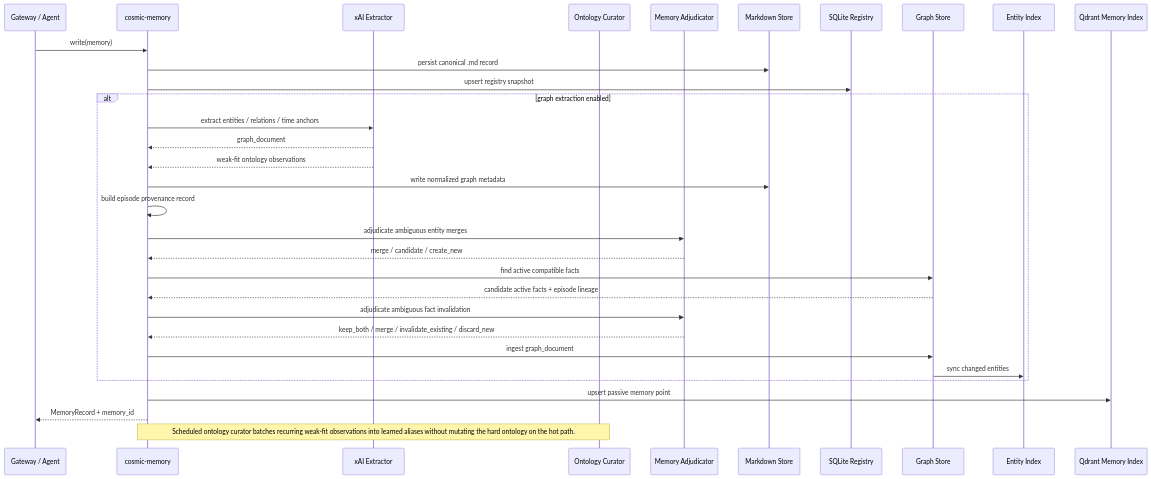
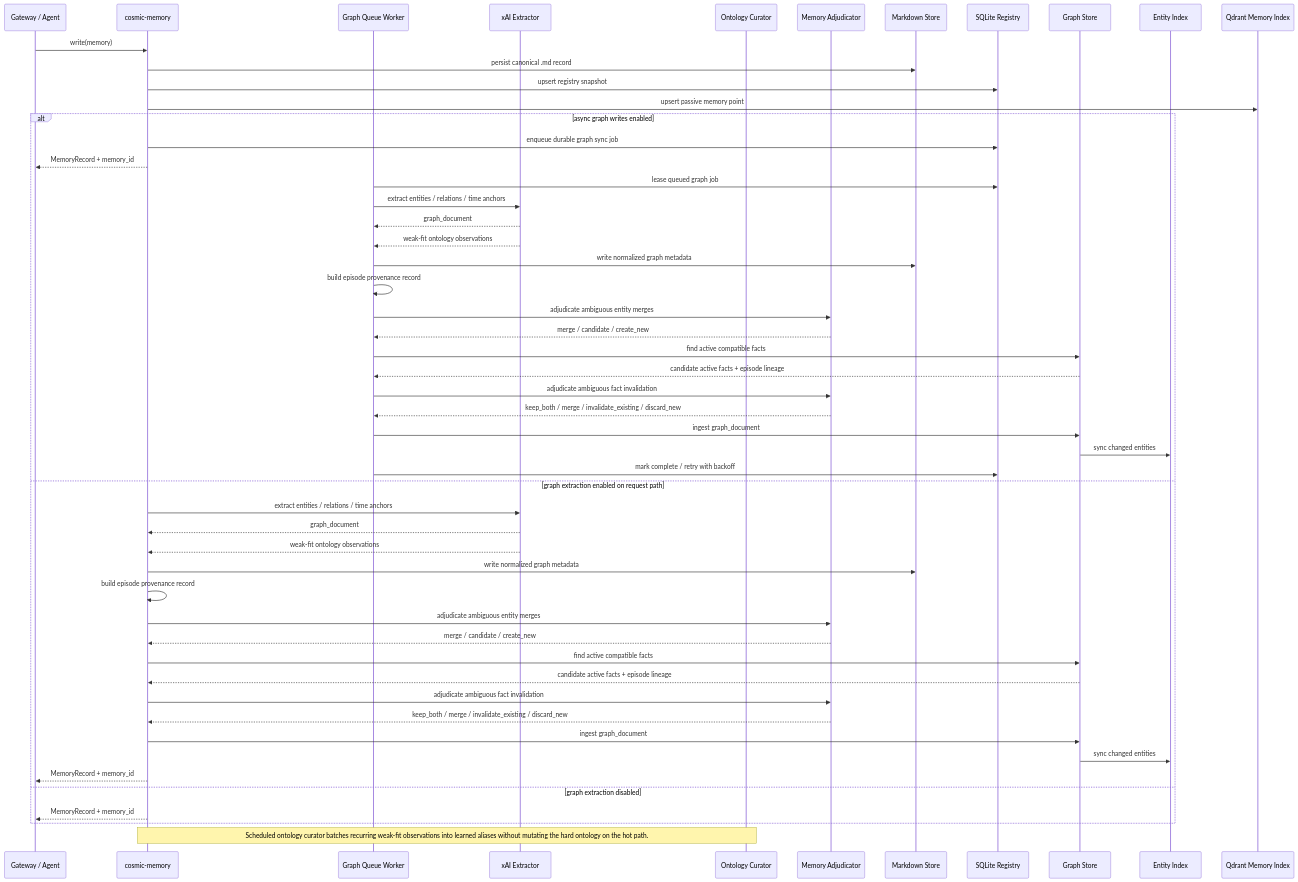
The second of 4 diagrams in README.md (uspraveen/cosmic-memory), drawn with Mermaid before and after one commit. The commit also changed other lines of this file, not shown here.

Commit message:
Refresh README for async graph and ops status

````diff
--- a/README.md
+++ b/README.md
@@ -78,35 +78,56 @@
 ```mermaid
 sequenceDiagram
     participant GW as Gateway / Agent
     participant CM as cosmic-memory
+    participant GQ as Graph Queue Worker
     participant X as xAI Extractor
     participant OC as Ontology Curator
     participant A as Memory Adjudicator
     participant MD as Markdown Store
     participant REG as SQLite Registry
     participant G as Graph Store
     participant EI as Entity Index
     participant Q as Qdrant Memory Index
 
     GW->>CM: write(memory)
     CM->>MD: persist canonical .md record
     CM->>REG: upsert registry snapshot
-    alt graph extraction enabled
+    CM->>Q: upsert passive memory point
+    alt async graph writes enabled
+        CM->>REG: enqueue durable graph sync job
+        CM-->>GW: MemoryRecord + memory_id
+        GQ->>REG: lease queued graph job
+        GQ->>X: extract entities / relations / time anchors
+        X-->>GQ: graph_document
+        X-->>GQ: weak-fit ontology observations
+        GQ->>MD: write normalized graph metadata
+        GQ->>GQ: build episode provenance record
+        GQ->>A: adjudicate ambiguous entity merges
+        A-->>GQ: merge / candidate / create_new
+        GQ->>G: find active compatible facts
+        G-->>GQ: candidate active facts + episode lineage
+        GQ->>A: adjudicate ambiguous fact invalidation
+        A-->>GQ: keep_both / merge / invalidate_existing / discard_new
+        GQ->>G: ingest graph_document
+        G->>EI: sync changed entities
+        GQ->>REG: mark complete / retry with backoff
+    else graph extraction enabled on request path
         CM->>X: extract entities / relations / time anchors
         X-->>CM: graph_document
         X-->>CM: weak-fit ontology observations
         CM->>MD: write normalized graph metadata
         CM->>CM: build episode provenance record
         CM->>A: adjudicate ambiguous entity merges
         A-->>CM: merge / candidate / create_new
         CM->>G: find active compatible facts
         G-->>CM: candidate active facts + episode lineage
         CM->>A: adjudicate ambiguous fact invalidation
         A-->>CM: keep_both / merge / invalidate_existing / discard_new
         CM->>G: ingest graph_document
         G->>EI: sync changed entities
+        CM-->>GW: MemoryRecord + memory_id
+    else graph extraction disabled
+        CM-->>GW: MemoryRecord + memory_id
     end
-    CM->>Q: upsert passive memory point
-    CM-->>GW: MemoryRecord + memory_id
     Note over CM,OC: Scheduled ontology curator batches recurring weak-fit observations into learned aliases without mutating the hard ontology on the hot path.
 ```
````
